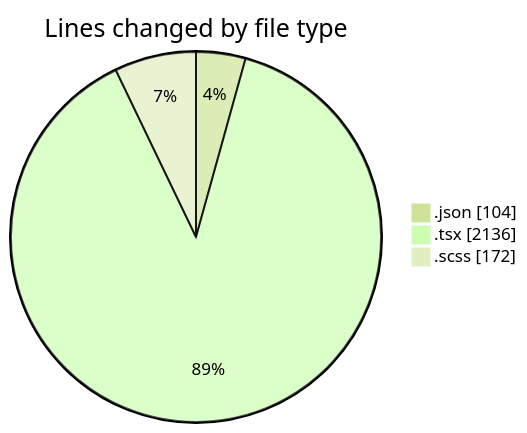
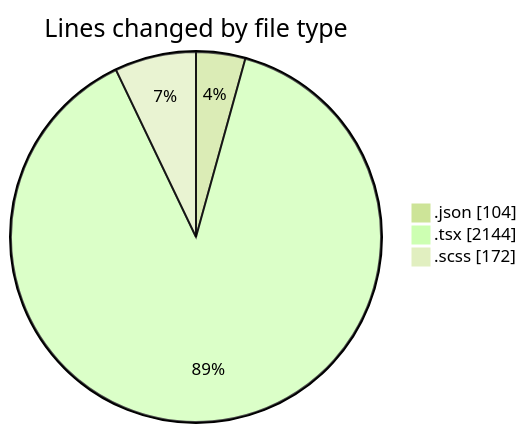
Before and after one commit to momahboobian/code-tracking: the first of 2 diagrams in 2025-08-20/cda/README.md, drawn with Mermaid (forest theme). The commit also changed other lines of this file and 1 other file, not shown here.

````diff
--- a/2025-08-20/cda/README.md
+++ b/2025-08-20/cda/README.md
@@ -27,7 +27,7 @@
 ```mermaid
 pie showData
 title Lines changed by file type
 ".json" : 104
-".tsx" : 2136
+".tsx" : 2144
 ".scss" : 172
 ```
````
